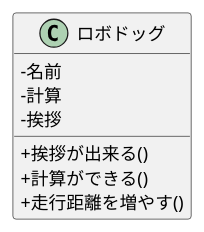
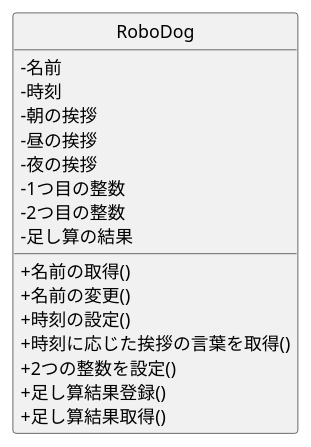
The diagram in 06_robo_dog/class.pu (yama-0322/ohara_uml), drawn with PlantUML before and after one commit. The commit also changed 21 other files, not shown here.

```diff
--- a/06_robo_dog/class.pu
+++ b/06_robo_dog/class.pu
@@ -1,13 +1,24 @@
-@startuml
+@startuml Robodogクラス図
 skinparam classAttributeIconSize 0
-class ロボドッグ {
+hide circle
+
+class RoboDog {
  -名前
- -計算
- -挨拶
- +挨拶が出来る()
- +計算ができる()
- +走行距離を増やす()
- 
+ -時刻
+ -朝の挨拶
+ -昼の挨拶
+ -夜の挨拶
+ -1つ目の整数
+ -2つ目の整数
+ -足し算の結果
+
+ +名前の取得()
+ +名前の変更()
+ +時刻の設定()
+ +時刻に応じた挨拶の言葉を取得()
+ +2つの整数を設定()
+ +足し算結果登録()
+ +足し算結果取得()
 }
 
 @enduml
```
